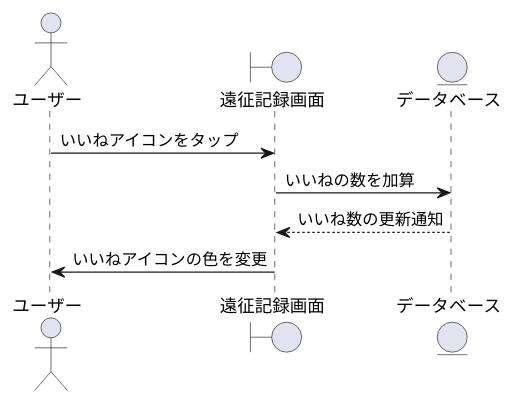
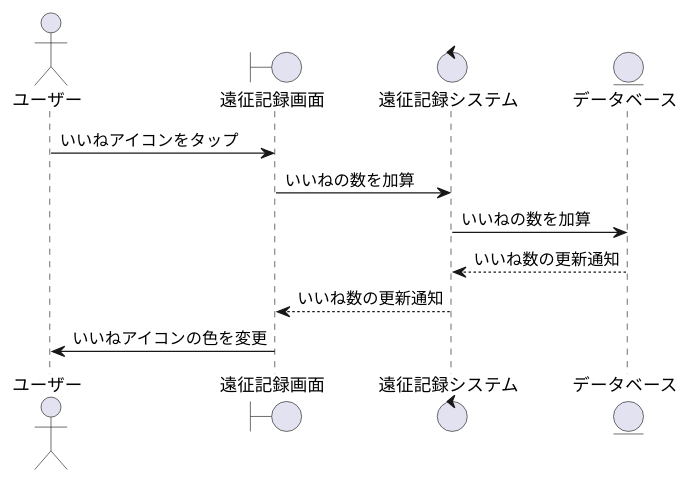
One commit to shoken3207/sotsuken changed the diagram in シーケンス図/遠征記録/いいね.pu. Above: the diagram before and after it, drawn with PlantUML. The commit also changed 7 other files, not shown here.

```diff
--- a/シーケンス図/遠征記録/いいね.pu
+++ b/シーケンス図/遠征記録/いいね.pu
@@ -1,11 +1,14 @@
 @startuml
 actor ユーザー as User
 boundary "遠征記録画面" as RecordScreen
+control "遠征記録システム" as System
 entity "データベース" as DB
 
 User -> RecordScreen: いいねアイコンをタップ
-RecordScreen -> DB: いいねの数を加算
-DB --> RecordScreen: いいね数の更新通知
+RecordScreen -> System: いいねの数を加算
+System -> DB: いいねの数を加算
+DB --> System: いいね数の更新通知
+System --> RecordScreen: いいね数の更新通知
 RecordScreen -> User: いいねアイコンの色を変更
 
 @enduml
```
